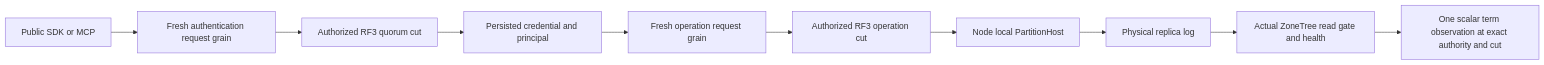
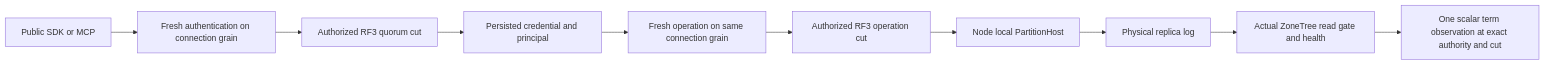
Diagram 35 of 44 in docs/Architecture.md (managedcode/KeyLoad), drawn with Mermaid before and after one commit. The commit also changed other lines of this file and 127 other files, not shown here.

````diff
--- a/docs/Architecture.md
+++ b/docs/Architecture.md
@@ -922,12 +922,12 @@
 ```mermaid
 flowchart LR
-    SDK[Public SDK or MCP] --> Auth[Fresh authentication request grain]
+    SDK[Public SDK or MCP] --> Auth[Fresh authentication on connection grain]
     Auth --> AuthCut[Authorized RF3 quorum cut]
     AuthCut --> Credentials[Persisted credential and principal]
-    Credentials --> Request[Fresh operation request grain]
+    Credentials --> Request[Fresh operation on same connection grain]
     Request --> OperationCut[Authorized RF3 operation cut]
     OperationCut --> Host[Node local PartitionHost]
     Host --> Log[Physical replica log]
     Log --> Store[Actual ZoneTree read gate and health]
     Store --> Term[One scalar term observation at exact authority and cut]
 ```
````
